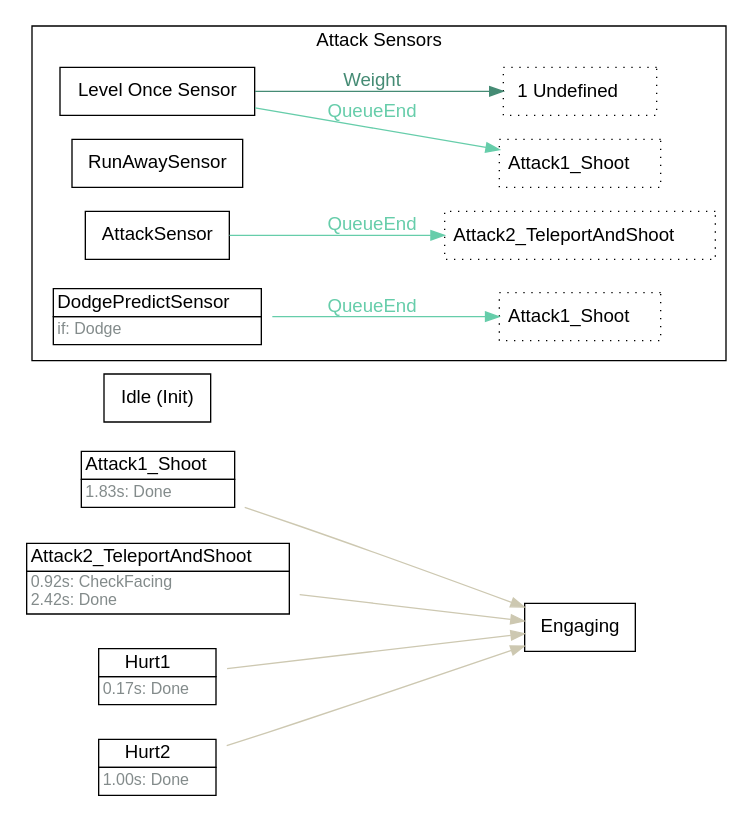
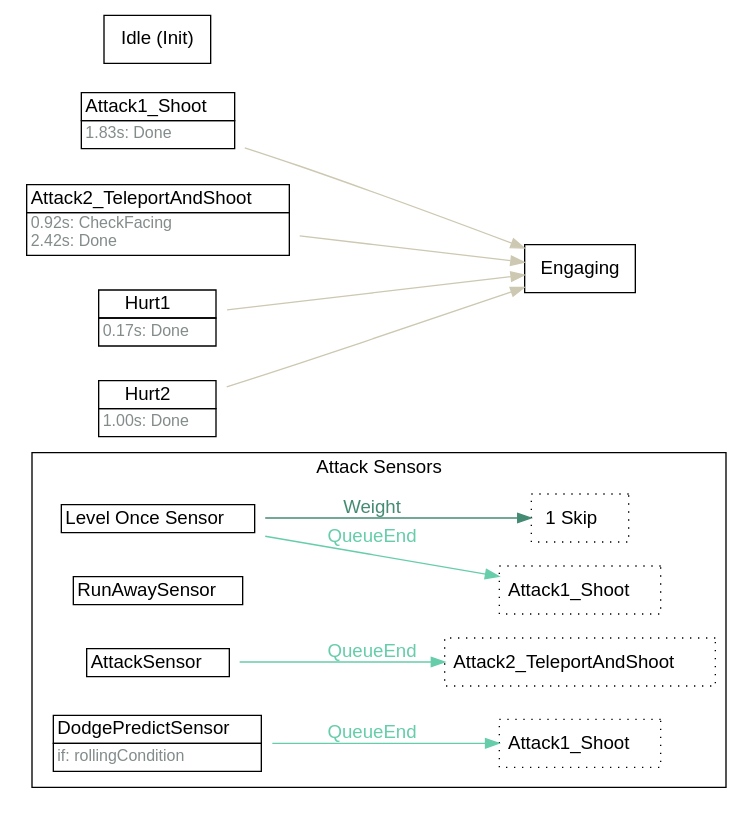
One commit to nine-sols-modding/StateDump changed the diagram in Attacks/Minion/Red Tiger Elite Kuiyan-StealthMonster_Flying Teleport Wizard/data.dot. Above: the diagram before and after it, drawn with Graphviz. The commit also changed 463 other files, not shown here.

```diff
--- a/Attacks/Minion/Red Tiger Elite Kuiyan-StealthMonster_Flying Teleport Wizard/data.dot
+++ b/Attacks/Minion/Red Tiger Elite Kuiyan-StealthMonster_Flying Teleport Wizard/data.dot
@@ -1,32 +1,32 @@
 strict digraph "Foo" {
 	"rankdir"="LR";
-	node ["shape"="box", "fontname"="Helvetica"];
+	node ["shape"="box","fontname"="Helvetica"];
 	edge ["fontname"="Helvetica"];
-	"Attack1_Shoot" ["shape"="plaintext", "label"=<<TABLE border="0" cellborder="1" cellspacing="0" cellpadding="2"><TR><TD >Attack1_Shoot  </TD></TR><TR><TD align="left" balign="left"><FONT point-size="12" color="azure4">1.83s: Done</FONT>  </TD></TR></TABLE>>]
-	"Attack1_Shoot" -> "Engaging"  ["color"="cornsilk3", "fontcolor"="cornsilk3"]
-	"Attack2_TeleportAndShoot" ["shape"="plaintext", "label"=<<TABLE border="0" cellborder="1" cellspacing="0" cellpadding="2"><TR><TD >Attack2_TeleportAndShoot  </TD></TR><TR><TD align="left" balign="left"><FONT point-size="12" color="azure4">0.92s: CheckFacing<br/>2.42s: Done</FONT>  </TD></TR></TABLE>>]
-	"Attack2_TeleportAndShoot" -> "Engaging"  ["color"="cornsilk3", "fontcolor"="cornsilk3"]
-	"Hurt1" ["shape"="plaintext", "label"=<<TABLE border="0" cellborder="1" cellspacing="0" cellpadding="2"><TR><TD >Hurt1  </TD></TR><TR><TD align="left" balign="left"><FONT point-size="12" color="azure4">0.17s: Done</FONT>  </TD></TR></TABLE>>]
-	"Hurt1" -> "Engaging"  ["color"="cornsilk3", "fontcolor"="cornsilk3"]
-	"Hurt2" ["shape"="plaintext", "label"=<<TABLE border="0" cellborder="1" cellspacing="0" cellpadding="2"><TR><TD >Hurt2  </TD></TR><TR><TD align="left" balign="left"><FONT point-size="12" color="azure4">1.00s: Done</FONT>  </TD></TR></TABLE>>]
-	"Hurt2" -> "Engaging"  ["color"="cornsilk3", "fontcolor"="cornsilk3"]
-	"Idle" ["label"="Idle (Init)"]
 	subgraph "cluster_attacksensors" {
 		"rank"="sink";
 		"label"="Attack Sensors";
 		"fontname"="Helvetica";
-		"Level Once Sensor" ["label"="Level Once Sensor"]
-		"Level Once Sensor_linked" ["shape"="box", "style"="dotted", "label"=<<TABLE border="0" cellborder="0" cellspacing="0" cellpadding="2"><TR><TD>Attack1_Shoot  </TD></TR></TABLE>>, "margin"="0.05"]
-		"Level Once Sensor" -> "Level Once Sensor_linked"  ["label"="QueueEnd", "color"="aquamarine3", "fontcolor"="aquamarine3"]
-		"Level Once Sensor_mustuse" ["shape"="box", "style"="dotted", "label"=<<TABLE border="0" cellborder="0" cellspacing="0" cellpadding="2"><TR><TD>1 Undefined  </TD></TR></TABLE>>]
-		"Level Once Sensor" -> "Level Once Sensor_mustuse"  ["label"="Weight", "color"="aquamarine4", "fontcolor"="aquamarine4"]
-		"RunAwaySensor" ["label"="RunAwaySensor"]
-		"AttackSensor" ["label"="AttackSensor"]
-		"AttackSensor_linked" ["shape"="box", "style"="dotted", "label"=<<TABLE border="0" cellborder="0" cellspacing="0" cellpadding="2"><TR><TD>Attack2_TeleportAndShoot  </TD></TR></TABLE>>, "margin"="0.05"]
-		"AttackSensor" -> "AttackSensor_linked"  ["label"="QueueEnd", "color"="aquamarine3", "fontcolor"="aquamarine3"]
-		"DodgePredictSensor" ["shape"="plaintext", "label"=<<TABLE border="0" cellborder="1" cellspacing="0" cellpadding="2"><TR><TD >DodgePredictSensor  </TD></TR><TR><TD align="left" balign="left"><FONT point-size="12" color="azure4">if: Dodge</FONT>  </TD></TR></TABLE>>]
-		"DodgePredictSensor_linked" ["shape"="box", "style"="dotted", "label"=<<TABLE border="0" cellborder="0" cellspacing="0" cellpadding="2"><TR><TD>Attack1_Shoot  </TD></TR></TABLE>>, "margin"="0.05"]
-		"DodgePredictSensor" -> "DodgePredictSensor_linked"  ["label"="QueueEnd", "color"="aquamarine3", "fontcolor"="aquamarine3"]
+		"Level Once Sensor" ["shape"="plaintext","label"=<<TABLE border="0" cellspacing="0" cellborder="1" cellpadding="2"><TR><TD>Level Once Sensor  </TD></TR></TABLE>>]
+		"Level Once Sensor_linked" ["shape"="box","style"="dotted","label"=<<TABLE border="0" cellspacing="0" cellborder="0" cellpadding="2"><TR><TD>Attack1_Shoot  </TD></TR></TABLE>>,"margin"="0.05"]
+		"Level Once Sensor" -> "Level Once Sensor_linked"  ["label"="QueueEnd","color"="aquamarine3","fontcolor"="aquamarine3"]
+		"Level Once Sensor_weight" ["shape"="box","style"="dotted","label"=<<TABLE border="0" cellspacing="0" cellborder="0" cellpadding="2"><TR><TD>1 Skip  </TD></TR></TABLE>>]
+		"Level Once Sensor" -> "Level Once Sensor_weight"  ["label"="Weight","color"="aquamarine4","fontcolor"="aquamarine4"]
+		"RunAwaySensor" ["shape"="plaintext","label"=<<TABLE border="0" cellspacing="0" cellborder="1" cellpadding="2"><TR><TD>RunAwaySensor  </TD></TR></TABLE>>]
+		"AttackSensor" ["shape"="plaintext","label"=<<TABLE border="0" cellspacing="0" cellborder="1" cellpadding="2"><TR><TD>AttackSensor  </TD></TR></TABLE>>]
+		"AttackSensor_linked" ["shape"="box","style"="dotted","label"=<<TABLE border="0" cellspacing="0" cellborder="0" cellpadding="2"><TR><TD>Attack2_TeleportAndShoot  </TD></TR></TABLE>>,"margin"="0.05"]
+		"AttackSensor" -> "AttackSensor_linked"  ["label"="QueueEnd","color"="aquamarine3","fontcolor"="aquamarine3"]
+		"DodgePredictSensor" ["shape"="plaintext","label"=<<TABLE border="0" cellspacing="0" cellborder="1" cellpadding="2"><TR><TD>DodgePredictSensor  </TD></TR><TR><TD align="left" balign="left"><FONT point-size="12" color="azure4">if: rollingCondition</FONT>  </TD></TR></TABLE>>]
+		"DodgePredictSensor_linked" ["shape"="box","style"="dotted","label"=<<TABLE border="0" cellspacing="0" cellborder="0" cellpadding="2"><TR><TD>Attack1_Shoot  </TD></TR></TABLE>>,"margin"="0.05"]
+		"DodgePredictSensor" -> "DodgePredictSensor_linked"  ["label"="QueueEnd","color"="aquamarine3","fontcolor"="aquamarine3"]
 	}
 	
+	"Attack1_Shoot" -> "Engaging"  ["color"="cornsilk3","fontcolor"="cornsilk3"]
+	"Attack1_Shoot" ["shape"="plaintext","label"=<<TABLE border="0" cellspacing="0" cellborder="1" cellpadding="2"><TR><TD>Attack1_Shoot  </TD></TR><TR><TD align="left" balign="left"><FONT point-size="12" color="azure4">1.83s: Done</FONT>  </TD></TR></TABLE>>]
+	"Attack2_TeleportAndShoot" -> "Engaging"  ["color"="cornsilk3","fontcolor"="cornsilk3"]
+	"Attack2_TeleportAndShoot" ["shape"="plaintext","label"=<<TABLE border="0" cellspacing="0" cellborder="1" cellpadding="2"><TR><TD>Attack2_TeleportAndShoot  </TD></TR><TR><TD align="left" balign="left"><FONT point-size="12" color="azure4">0.92s: CheckFacing<br/>2.42s: Done</FONT>  </TD></TR></TABLE>>]
+	"Hurt1" -> "Engaging"  ["color"="cornsilk3","fontcolor"="cornsilk3"]
+	"Hurt1" ["shape"="plaintext","label"=<<TABLE border="0" cellspacing="0" cellborder="1" cellpadding="2"><TR><TD>Hurt1  </TD></TR><TR><TD align="left" balign="left"><FONT point-size="12" color="azure4">0.17s: Done</FONT>  </TD></TR></TABLE>>]
+	"Hurt2" -> "Engaging"  ["color"="cornsilk3","fontcolor"="cornsilk3"]
+	"Hurt2" ["shape"="plaintext","label"=<<TABLE border="0" cellspacing="0" cellborder="1" cellpadding="2"><TR><TD>Hurt2  </TD></TR><TR><TD align="left" balign="left"><FONT point-size="12" color="azure4">1.00s: Done</FONT>  </TD></TR></TABLE>>]
+	"Idle" ["label"="Idle (Init)"]
 }
```
